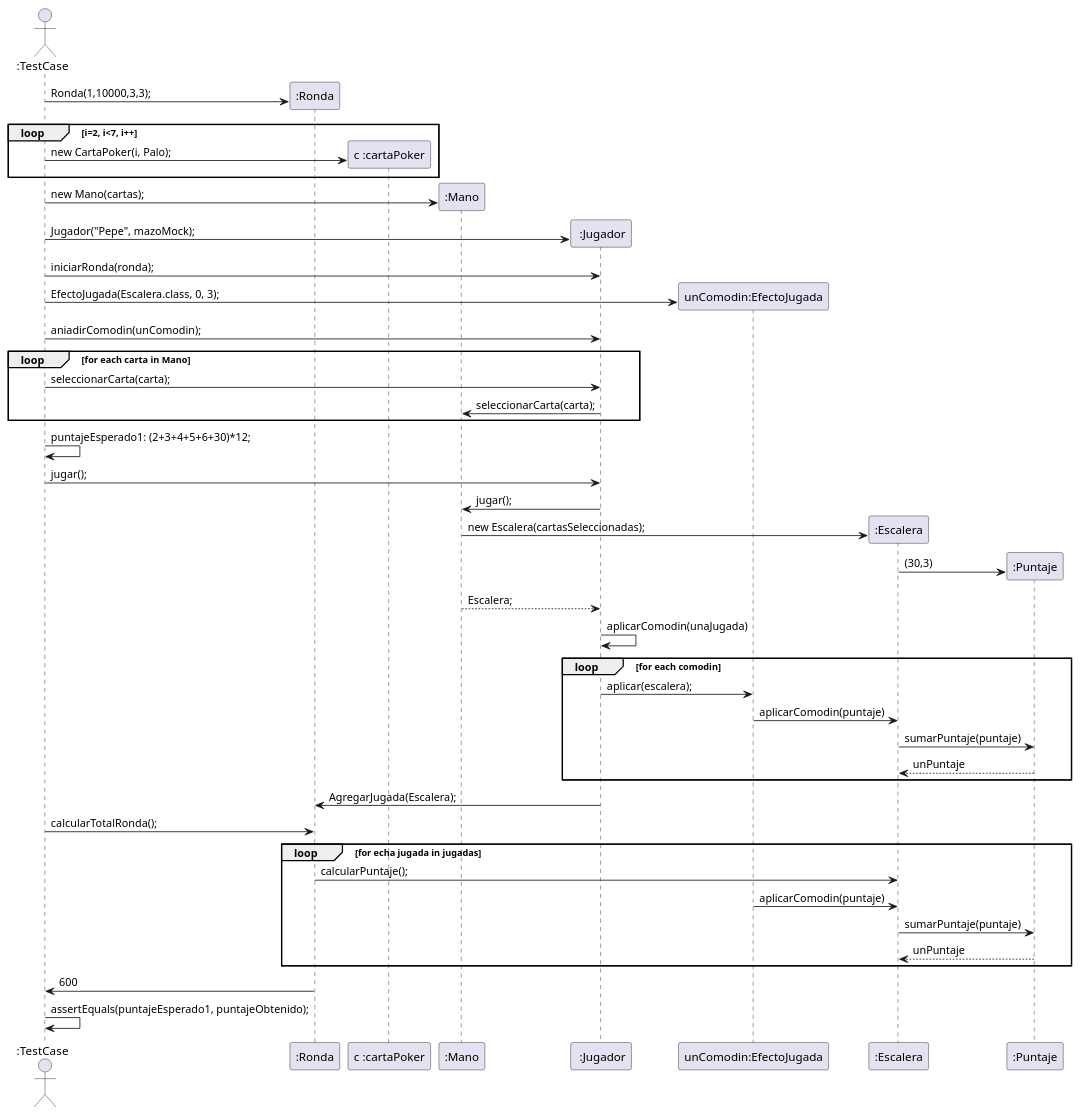
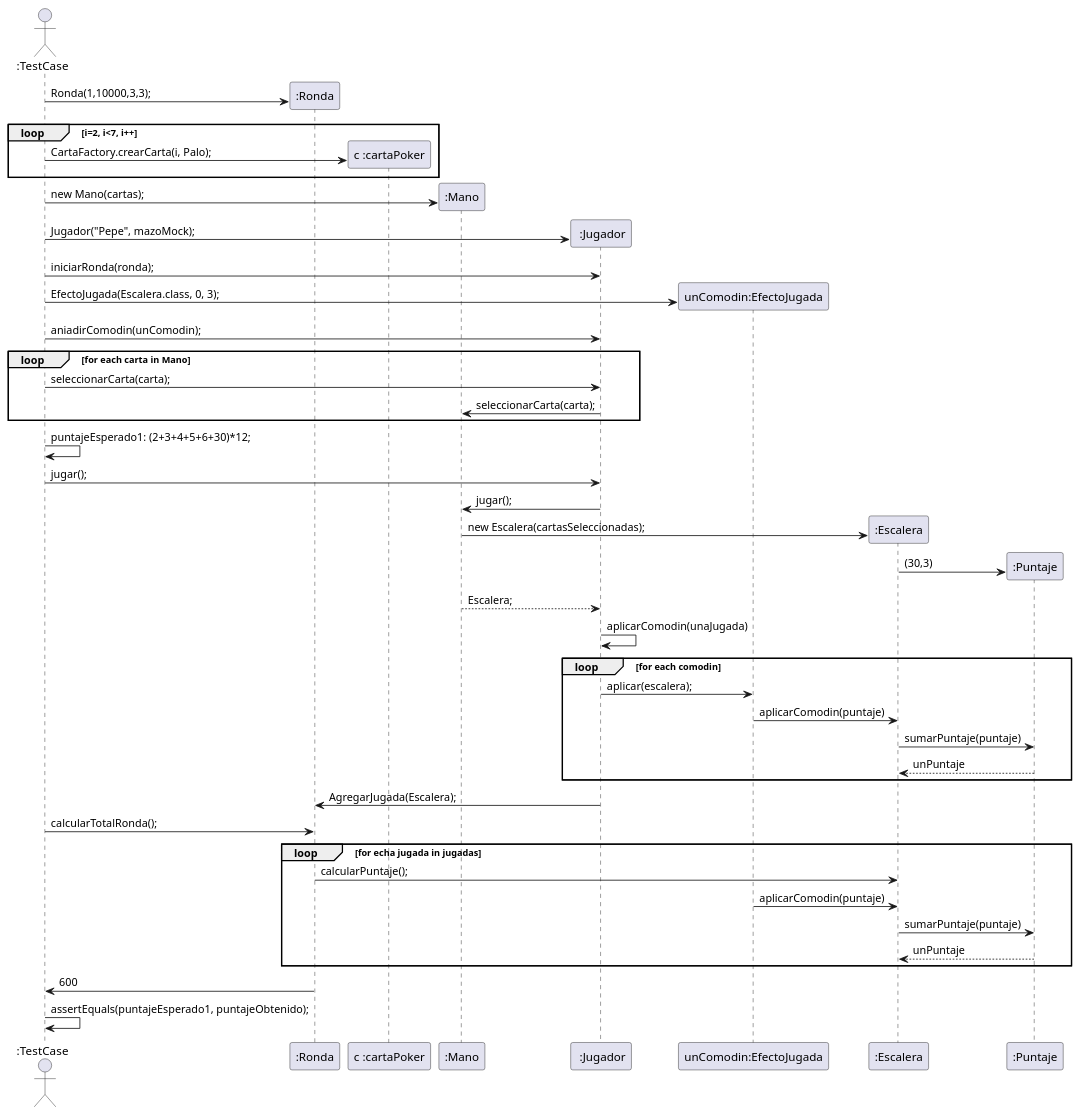
Before and after one commit to carruizdiaz1109/UBAlatro: the diagram in diagrams/sequences/Entrega2/test01Integracion.puml, drawn with PlantUML. The commit also changed 16 other files, not shown here.

Commit message:
creo el constructor CartaFactory y lo reemplazo todos los "new CartaPoker" por "CartaFactory.CrearCarta"

```diff
--- a/diagrams/sequences/Entrega2/test01Integracion.puml
+++ b/diagrams/sequences/Entrega2/test01Integracion.puml
@@ -1,53 +1,53 @@
 @startuml
 'https://plantuml.com/sequence-diagram
 
 actor ":TestCase" as user
 participant ":Ronda" as ronda
 participant "c :cartaPoker" as carta
 participant ":Mano" as mano
 participant " :Jugador" as jugador
 participant "unComodin:EfectoJugada" as comodin
 
 user -> ronda**: Ronda(1,10000,3,3);
 loop i=2, i<7, i++
-    user ->  carta**:new CartaPoker(i, Palo);
+    user ->  carta**:CartaFactory.crearCarta(i, Palo);
 end
 user -> mano**: new Mano(cartas);
 user -> jugador**: Jugador("Pepe", mazoMock);
 user -> jugador: iniciarRonda(ronda);
 
 user -> comodin **: EfectoJugada(Escalera.class, 0, 3);
 user -> jugador :aniadirComodin(unComodin);
 loop for each carta in Mano
     user -> jugador: seleccionarCarta(carta);
     jugador -> mano: seleccionarCarta(carta);
 end
 
 user -> user: puntajeEsperado1: (2+3+4+5+6+30)*12;
 user -> jugador:jugar();
 jugador -> mano: jugar();
 mano -> ":Escalera" as escalera**: new Escalera(cartasSeleccionadas);
 escalera -> ":Puntaje" as puntaje**: (30,3)
 mano --> jugador: Escalera;
 jugador -> jugador: aplicarComodin(unaJugada)
 loop for each comodin
    jugador -> comodin: aplicar(escalera);
     comodin -> escalera: aplicarComodin(puntaje)
     escalera -> puntaje: sumarPuntaje(puntaje)
     puntaje --> escalera: unPuntaje
 end
 jugador -> ronda: AgregarJugada(Escalera);
 user -> ronda: calcularTotalRonda();
 loop for echa jugada in jugadas
     ronda -> escalera: calcularPuntaje();
     comodin -> escalera: aplicarComodin(puntaje)
     escalera -> puntaje: sumarPuntaje(puntaje)
     puntaje --> escalera: unPuntaje
 end
 ronda -> user: 600
 user -> user: assertEquals(puntajeEsperado1, puntajeObtenido);
 
 
 
 
 @enduml
```
